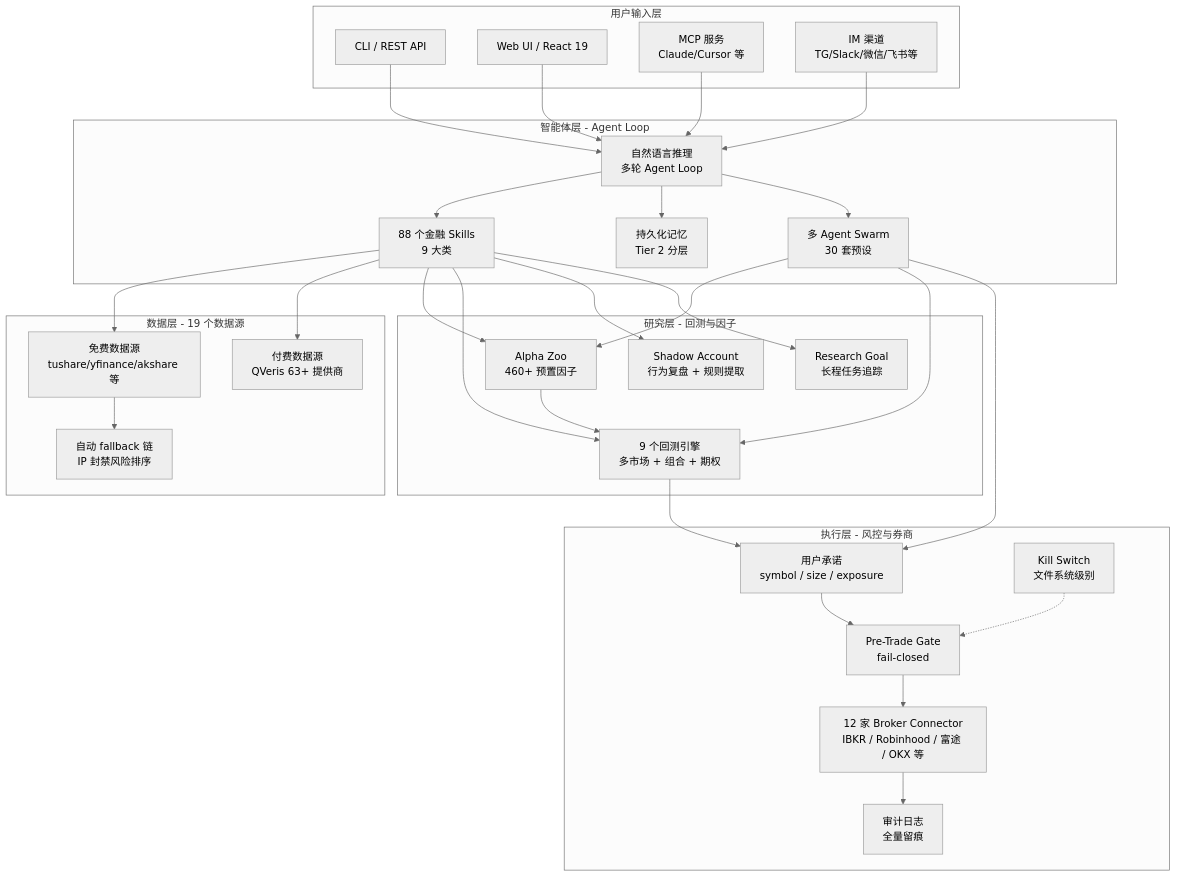
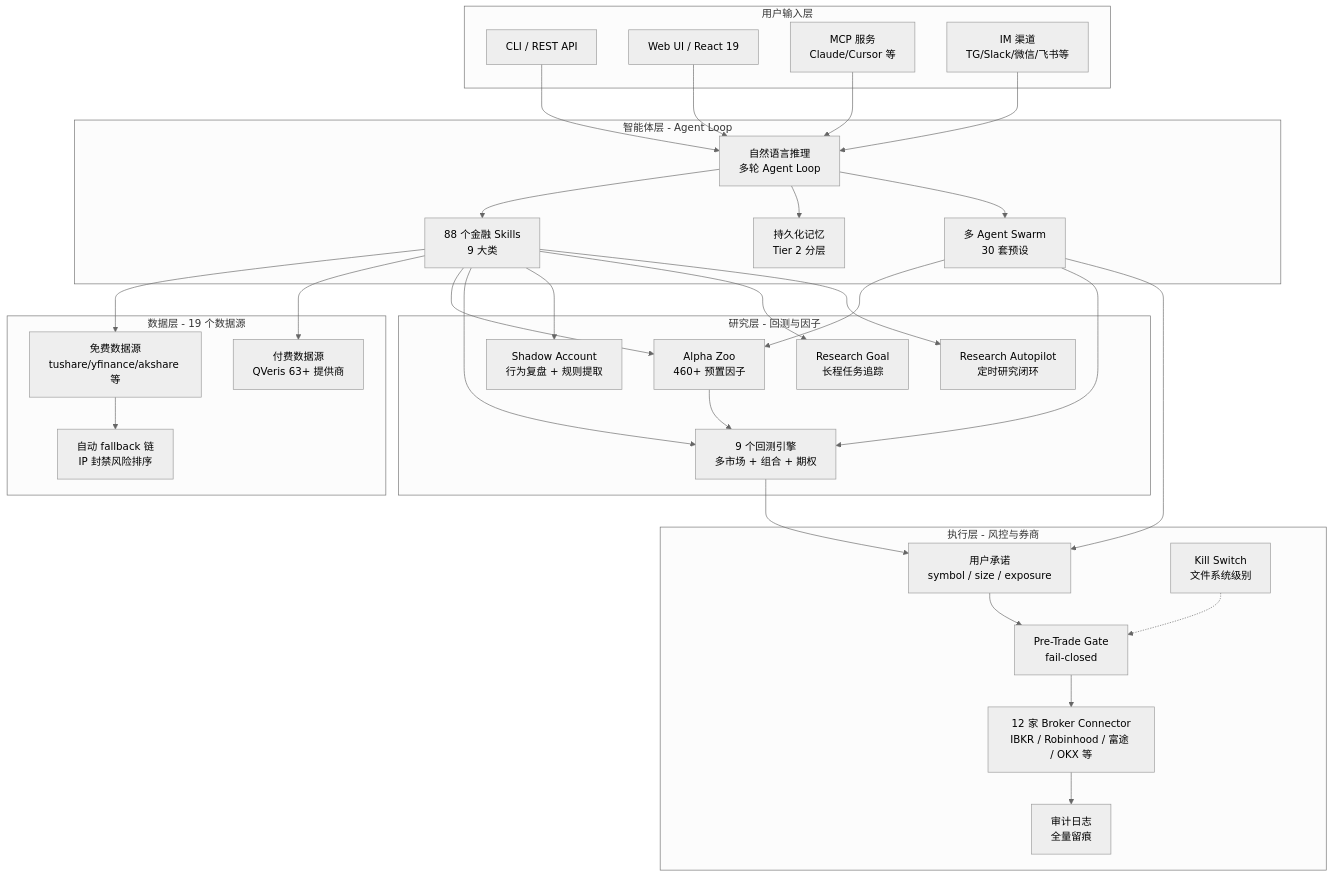
One commit to A1pha3/text-matrix changed the diagram in content/posts/tech/vibe-trading-hkuds-personal-trading-agent-guide.md. Above: the diagram before and after it, drawn with Mermaid (neutral theme). The commit also changed other lines of this file and 4 other files, not shown here.

````diff
--- a/content/posts/tech/vibe-trading-hkuds-personal-trading-agent-guide.md
+++ b/content/posts/tech/vibe-trading-hkuds-personal-trading-agent-guide.md
@@ -87,61 +119,67 @@
 ```mermaid
 flowchart TB
     subgraph UserInput[用户输入层]
         CLI[CLI / REST API]
         WebUI[Web UI / React 19]
         MCP[MCP 服务<br/>Claude/Cursor 等]
         IM[IM 渠道<br/>TG/Slack/微信/飞书等]
     end
 
     subgraph AgentLayer[智能体层 - Agent Loop]
         NL[自然语言推理<br/>多轮 Agent Loop]
         Skills[88 个金融 Skills<br/>9 大类]
         Memory[持久化记忆<br/>Tier 2 分层]
         Swarm[多 Agent Swarm<br/>30 套预设]
     end
 
     subgraph DataLayer[数据层 - 19 个数据源]
         Free[免费数据源<br/>tushare/yfinance/akshare 等]
         Paid[付费数据源<br/>QVeris 63+ 提供商]
         Fallback[自动 fallback 链<br/>IP 封禁风险排序]
     end
 
     subgraph ResearchLayer[研究层 - 回测与因子]
         AlphaZoo[Alpha Zoo<br/>460+ 预置因子]
         BTEngine[9 个回测引擎<br/>多市场 + 组合 + 期权]
         Shadow[Shadow Account<br/>行为复盘 + 规则提取]
         Goal[Research Goal<br/>长程任务追踪]
+        AutoPilot[Research Autopilot<br/>定时研究闭环]
     end
 
     subgraph ExecutionLayer[执行层 - 风控与券商]
         Mandate[用户承诺<br/>symbol / size / exposure]
         KillSwitch[Kill Switch<br/>文件系统级别]
         PreTrade[Pre-Trade Gate<br/>fail-closed]
         Audit[审计日志<br/>全量留痕]
         Brokers[12 家 Broker Connector<br/>IBKR / Robinhood / 富途 / OKX 等]
     end
 
     CLI --> NL
     WebUI --> NL
     MCP --> NL
     IM --> NL
+
     NL --> Skills
     NL --> Memory
     NL --> Swarm
+
     Skills --> Free
     Skills --> Paid
     Free --> Fallback
     Skills --> AlphaZoo
     Skills --> BTEngine
     Skills --> Shadow
     Skills --> Goal
+    Skills --> AutoPilot
+
     Swarm --> AlphaZoo
     Swarm --> BTEngine
     AlphaZoo --> BTEngine
+
     BTEngine --> Mandate
     Swarm --> Mandate
     Mandate --> PreTrade
     KillSwitch -.-> PreTrade
     PreTrade --> Brokers
     Brokers --> Audit
 ```
````
